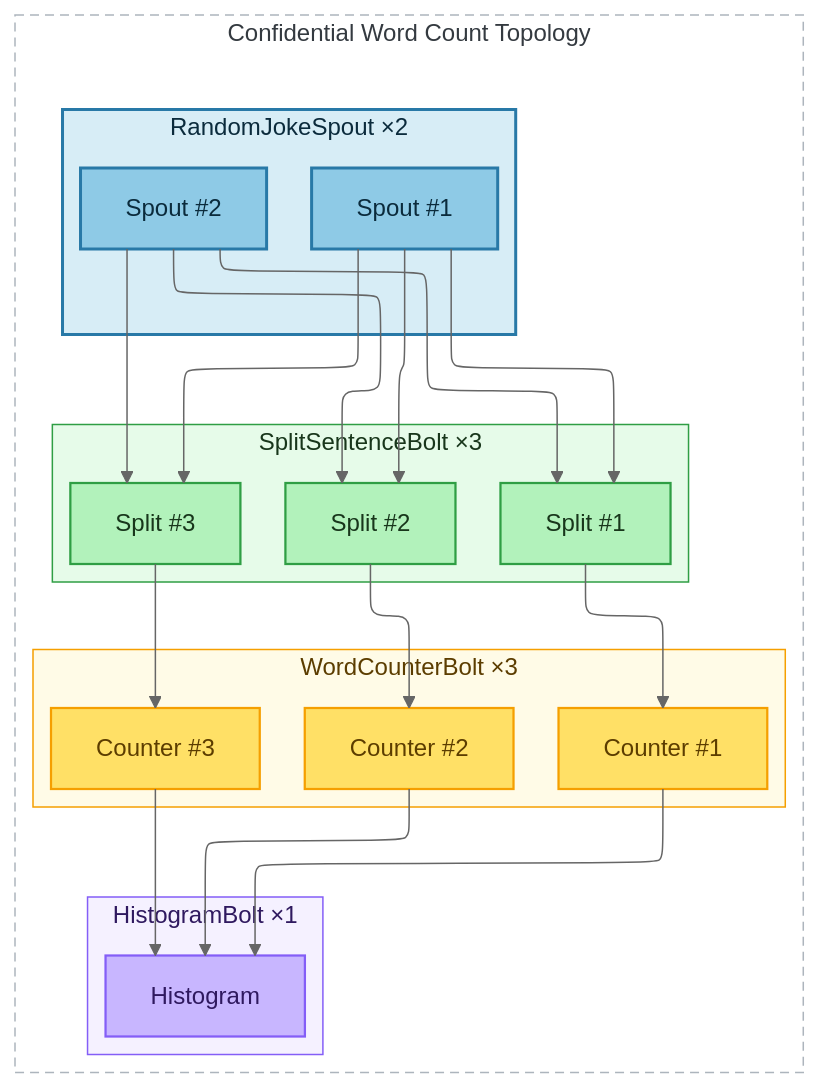
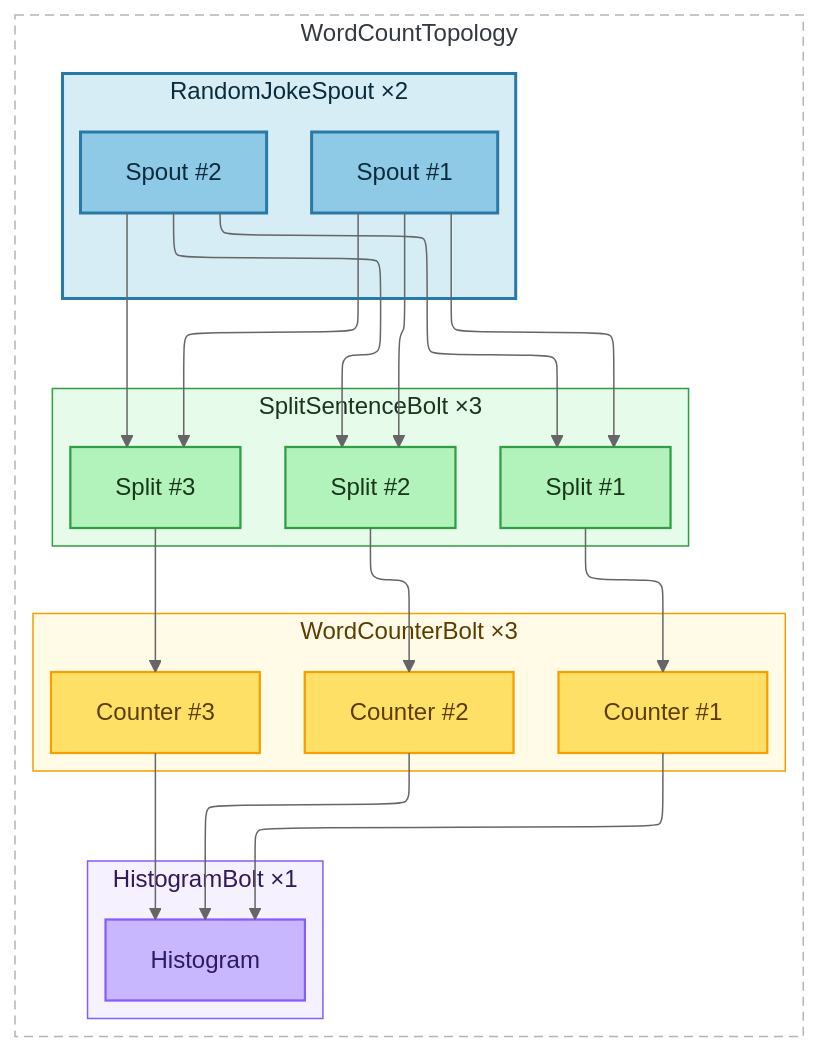
The diagram in assets/diagram.mmd (lucadibello/apache-storm-starter), drawn with Mermaid (neutral theme) before and after one commit. The commit also changed 1 other file, not shown here.

Commit message:
fix: updated topolgy name in diagram

```diff
--- a/assets/diagram.mmd
+++ b/assets/diagram.mmd
@@ -1,67 +1,67 @@
 %%{init: {"flowchart": {"defaultRenderer": "elk","elk": {
   "direction": "DOWN",
   "alignment": "CENTER",
   "mergeEdges": true,
   "nodePlacementStrategy": "LINEAR_SEGMENTS"
 }}}}%%
 flowchart TB
 
-  subgraph Pipeline["Confidential Word Count Topology"]
+  subgraph Pipeline["WordCountTopology"]
     direction TB
 
     subgraph R["RandomJokeSpout ×2"]
       direction TB
       R1["Spout #1"]:::spoutNode
       R2["Spout #2"]:::spoutNode
     end
     class R groupSpout
 
     subgraph S["SplitSentenceBolt ×3"]
       direction TB
       S1["Split #1"]:::splitBolt
       S2["Split #2"]:::splitBolt
       S3["Split #3"]:::splitBolt
     end
     class S groupSplit
 
     subgraph W["WordCounterBolt ×3"]
       direction TB
       W1["Counter #1"]:::wordBolt
       W2["Counter #2"]:::wordBolt
       W3["Counter #3"]:::wordBolt
     end
     class W groupWord
 
     subgraph H["HistogramBolt ×1"]
       H1["Histogram"]:::histBolt
     end
     class H groupHist
 
     R1 --> S1
     R1 --> S2
     R1 --> S3
 
     R2 --> S1
     R2 --> S2
     R2 --> S3
 
     S1 --> W1
     S2 --> W2
     S3 --> W3
 
     W1 --> H1
     W2 --> H1
     W3 --> H1
   end
   class Pipeline pipelineFrame
 
   classDef spoutNode fill:#8ecae6,stroke:#2879a7,color:#0b2b3c,stroke-width:2px;
   classDef splitBolt fill:#b2f2bb,stroke:#2f9e44,color:#18361b,stroke-width:1.5px;
   classDef wordBolt fill:#ffe066,stroke:#f59f00,color:#5c3d00,stroke-width:1.5px;
   classDef histBolt fill:#c8b6ff,stroke:#845ef7,color:#2f195f,stroke-width:1.5px;
   classDef pipelineFrame fill:none,stroke:#adb5bd,stroke-width:1px,stroke-dasharray:6 4,color:#343a40;
 
   style R fill:#8ecae6,fill-opacity:0.35,stroke:#2879a7,stroke-width:2px,color:#0b2b3c,padding:18px
   style S fill:#b2f2bb,fill-opacity:0.32,stroke:#2f9e44,stroke-width:1px,color:#18361b,padding:18px
   style W fill:#fff3bf,fill-opacity:0.38,stroke:#f59f00,stroke-width:1px,color:#5c3d00,padding:18px
   style H fill:#e5dbff,fill-opacity:0.4,stroke:#845ef7,stroke-width:1px,color:#2f195f,padding:18px
```
